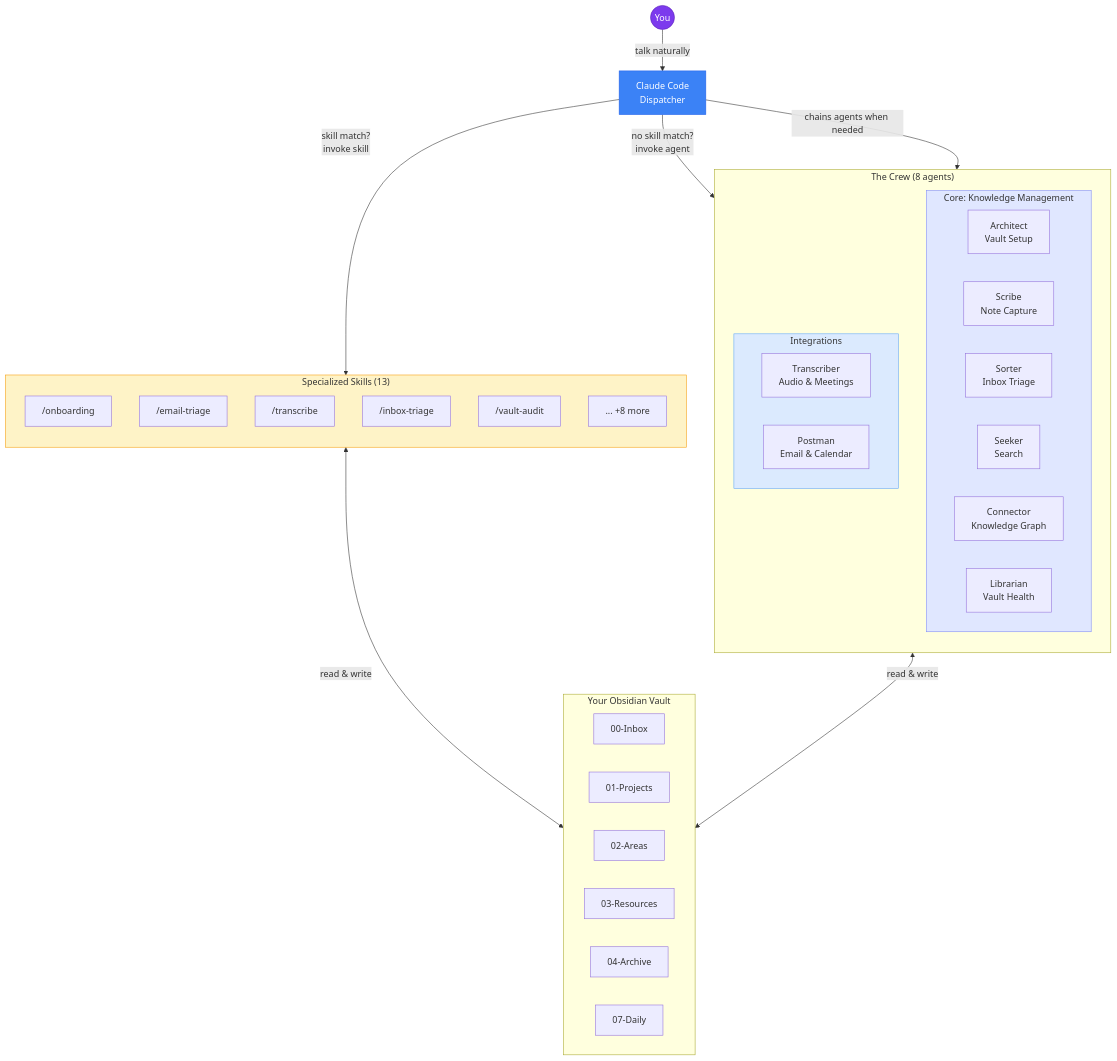
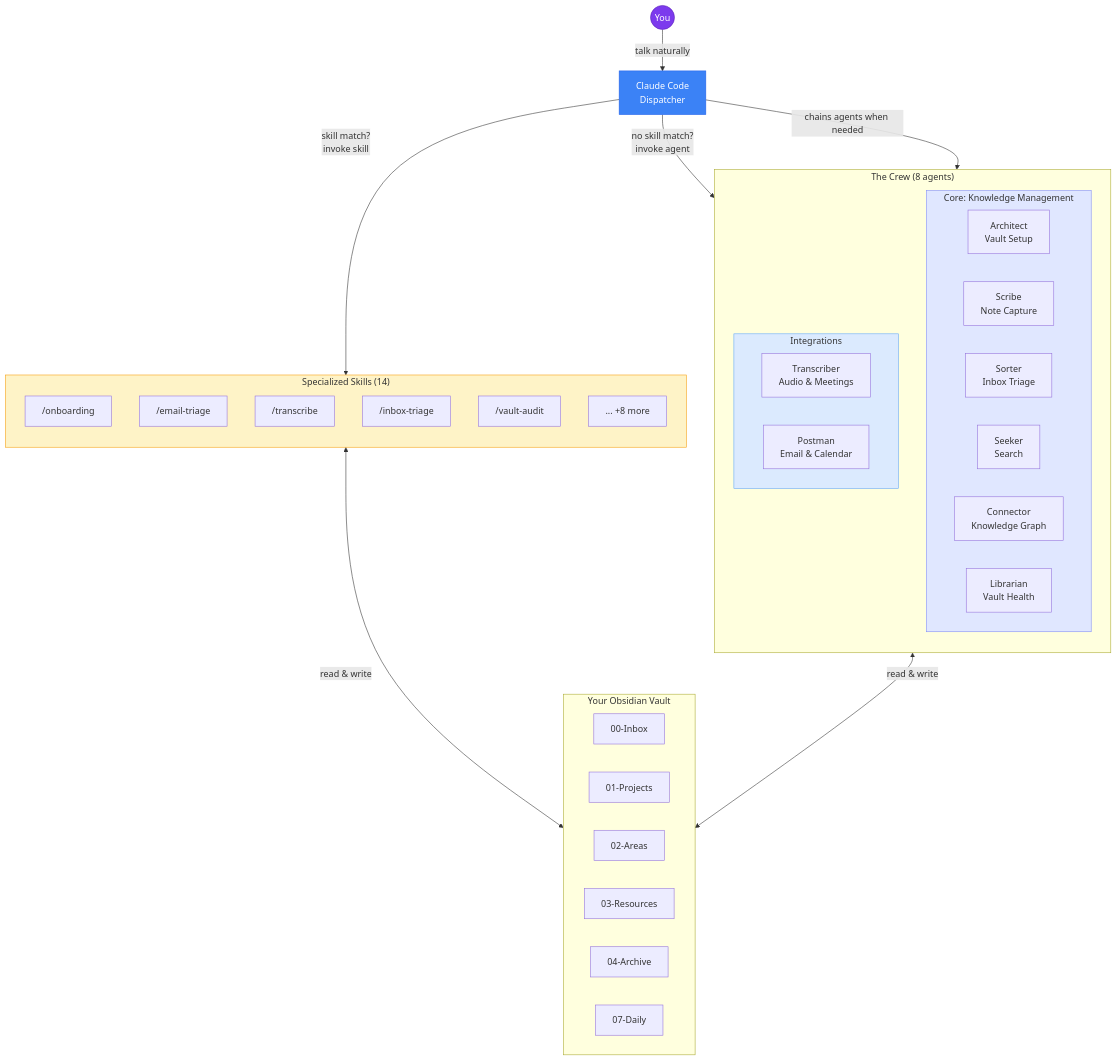
The first of 2 diagrams in README.md (gnekt/My-Brain-Is-Full-Crew), drawn with Mermaid before and after one commit. The commit also changed 3 other files, not shown here.

````diff
--- a/README.md
+++ b/README.md
@@ -153,57 +153,57 @@
 ```mermaid
 graph TB
     User((You))
     Claude["Claude Code\nDispatcher"]
 
     User -->|"talk naturally"| Claude
     Claude -->|"skill match?\ninvoke skill"| Skills
     Claude -->|"no skill match?\ninvoke agent"| Agents
     Claude -->|"chains agents when needed"| Agents
 
-    subgraph Skills["Specialized Skills (13)"]
+    subgraph Skills["Specialized Skills (14)"]
         direction TB
         Onboarding["/onboarding"]
         EmailTriage["/email-triage"]
         Transcribe["/transcribe"]
         InboxTriage["/inbox-triage"]
         VaultAudit["/vault-audit"]
         MoreSkills["... +8 more"]
     end
 
     subgraph Agents["The Crew (8 agents)"]
         direction TB
 
         subgraph Core["Core: Knowledge Management"]
             Architect["Architect\nVault Setup"]
             Scribe["Scribe\nNote Capture"]
             Sorter["Sorter\nInbox Triage"]
             Seeker["Seeker\nSearch"]
             Connector["Connector\nKnowledge Graph"]
             Librarian["Librarian\nVault Health"]
         end
 
         subgraph External["Integrations"]
             Transcriber["Transcriber\nAudio & Meetings"]
             Postman["Postman\nEmail & Calendar"]
         end
     end
 
     Skills <-->|"read & write"| Vault
     Agents <-->|"read & write"| Vault
 
     subgraph Vault["Your Obsidian Vault"]
         direction LR
         Inbox["00-Inbox"]
         Projects["01-Projects"]
         Areas["02-Areas"]
         Resources["03-Resources"]
         Archive["04-Archive"]
         Daily["07-Daily"]
     end
 
     style User fill:#7c3aed,stroke:#5b21b6,color:#fff
     style Claude fill:#3b82f6,stroke:#2563eb,color:#fff
     style Skills fill:#fef3c7,stroke:#f59e0b
     style Core fill:#e0e7ff,stroke:#818cf8
     style External fill:#dbeafe,stroke:#60a5fa
 ```
````
